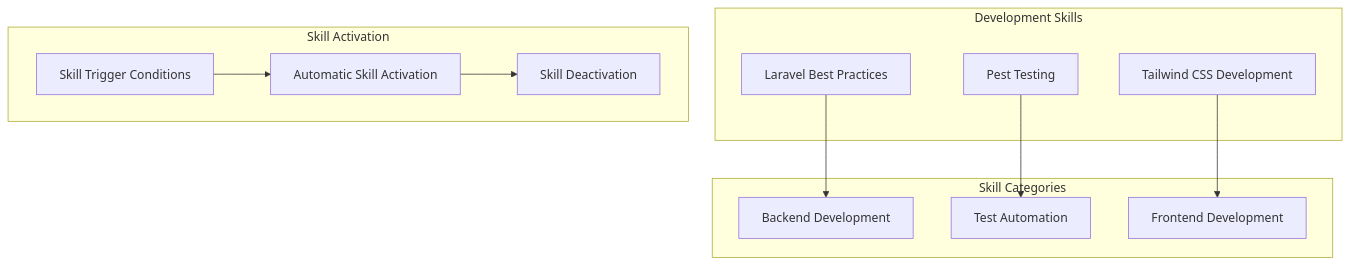
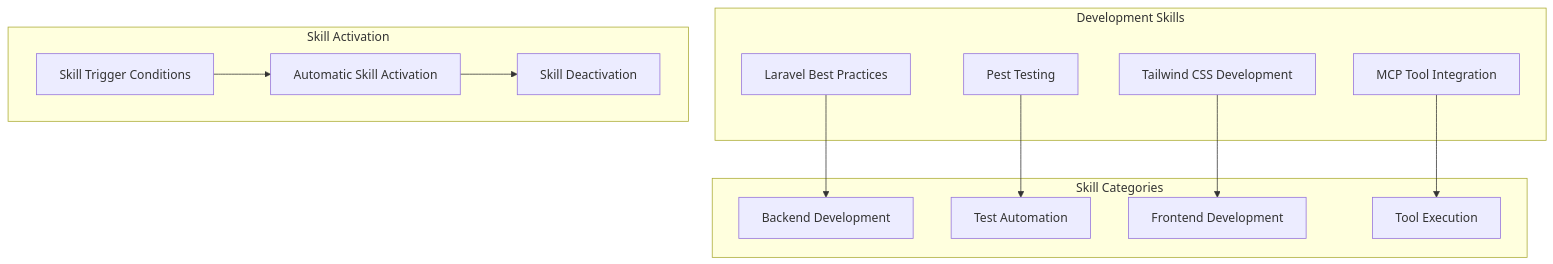
Before and after one commit to siimliimand/laravel-assistant: diagram 13 of 17 in .qoder/repowiki/en/content/AI Integration System/Agent System/DevBot AI Agent System.md, drawn with Mermaid. The commit also changed other lines of this file and 4 other files, not shown here.

First line of the commit message:
docs(agent): document comprehensive MCP tool integration in DevBot AI agent system

````diff
--- a/.qoder/repowiki/en/content/AI Integration System/Agent System/DevBot AI Agent System.md
+++ b/.qoder/repowiki/en/content/AI Integration System/Agent System/DevBot AI Agent System.md
@@ -359,23 +536,26 @@
 ```mermaid
 graph TD
 subgraph "Development Skills"
 LaravelBest[Laravel Best Practices]
 PestTesting[Pest Testing]
 TailwindCSS[Tailwind CSS Development]
+MCPTools[MCP Tool Integration]
 end
 subgraph "Skill Categories"
 Backend[Backend Development]
 Testing[Test Automation]
 Frontend[Frontend Development]
+Tools[Tool Execution]
 end
 subgraph "Skill Activation"
 Trigger[Skill Trigger Conditions]
 Activation[Automatic Skill Activation]
 Deactivation[Skill Deactivation]
 end
 LaravelBest --> Backend
 PestTesting --> Testing
 TailwindCSS --> Frontend
+MCPTools --> Tools
 Trigger --> Activation
 Activation --> Deactivation
 ```
````
